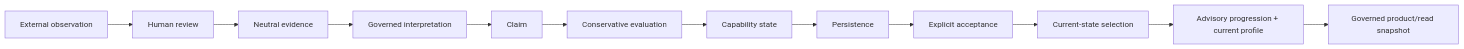
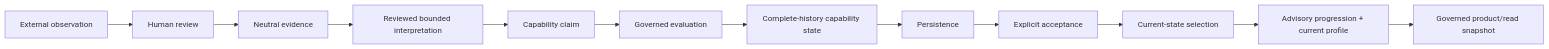
Before and after one commit to kymuco/capability_lab: the diagram in README.md, drawn with Mermaid. The commit also changed other lines of this file and 16 other files, not shown here.

````diff
--- a/README.md
+++ b/README.md
@@ -101,14 +72,14 @@
 ```mermaid
 flowchart LR
     O["External observation"] --> H["Human review"]
     H --> E["Neutral evidence"]
-    E --> I["Governed interpretation"]
-    I --> C["Claim"]
-    C --> V["Conservative evaluation"]
-    V --> D["Capability state"]
+    E --> I["Reviewed bounded interpretation"]
+    I --> C["Capability claim"]
+    C --> V["Governed evaluation"]
+    V --> D["Complete-history capability state"]
     D --> P["Persistence"]
     P --> A["Explicit acceptance"]
     A --> S["Current-state selection"]
     S --> G["Advisory progression + current profile"]
     G --> R["Governed product/read snapshot"]
 ```
````
